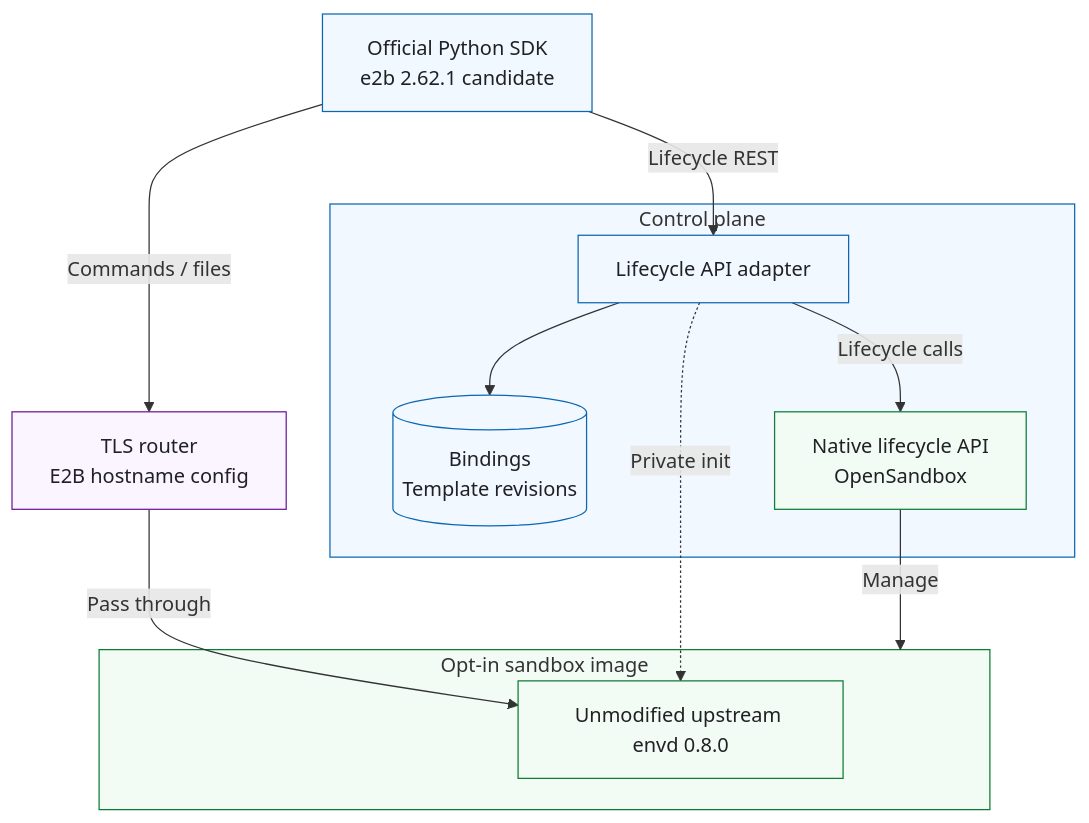
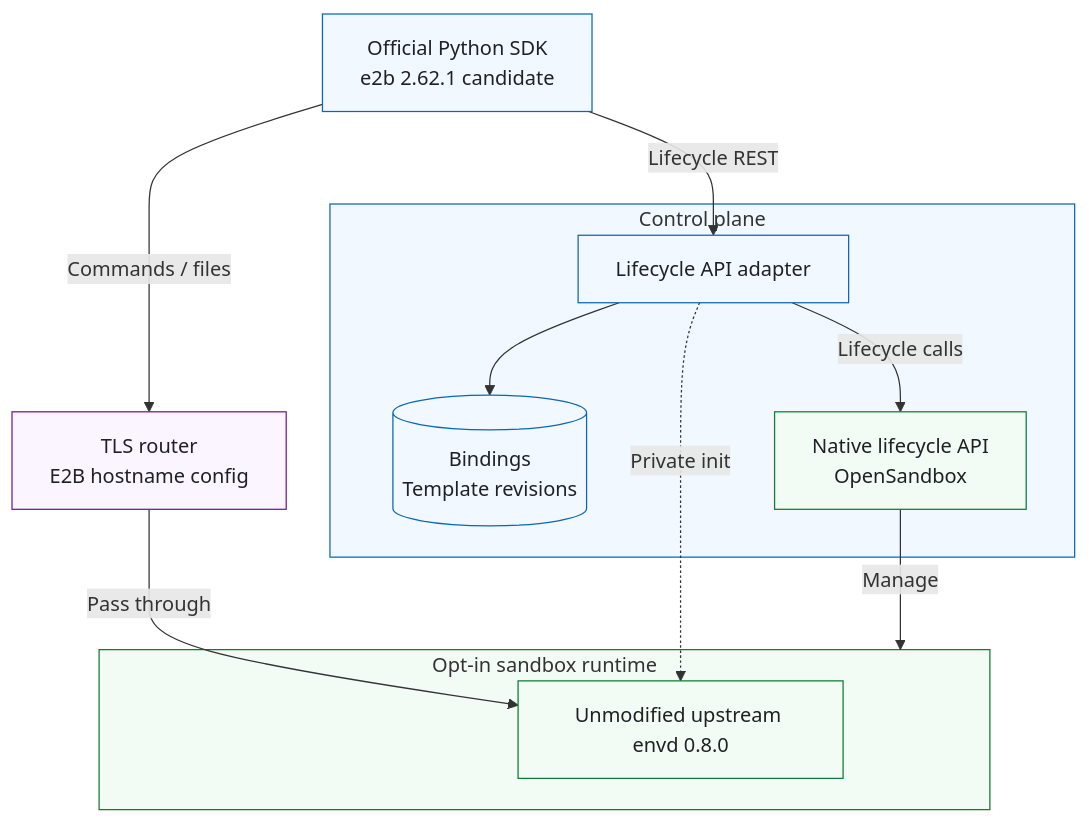
Before and after one commit to opensandbox-group/OpenSandbox: the first of 3 diagrams in oseps/0026-optional-e2b-compatibility.md, drawn with Mermaid. The commit also changed other lines of this file, not shown here.

````diff
--- a/oseps/0026-optional-e2b-compatibility.md
+++ b/oseps/0026-optional-e2b-compatibility.md
@@ -86,28 +86,28 @@
 ```mermaid
 flowchart TB
     SDK["Official Python SDK<br/>e2b 2.62.1 candidate"]
     subgraph Control["Control plane"]
         Adapter["Lifecycle API adapter"]
         State[("Bindings<br/>Template revisions")]
         Native["Native lifecycle API<br/>OpenSandbox"]
         Adapter --> State
         Adapter -->|"Lifecycle calls"| Native
     end
     Route["TLS router<br/>E2B hostname config"]
-    subgraph Sandbox["Opt-in sandbox image"]
+    subgraph Sandbox["Opt-in sandbox runtime"]
         Envd["Unmodified upstream envd 0.8.0"]
     end
     SDK -->|"Lifecycle REST"| Adapter
     SDK -->|"Commands / files"| Route
     Route -->|"Pass through"| Envd
     Native -->|"Manage"| Sandbox
     Adapter -.->|"Private init"| Envd
     classDef control fill:#F2F8FF,stroke:#0B67B2,color:#202124;
     classDef execution fill:#F3FBF5,stroke:#0B7D35,color:#202124;
     classDef boundary fill:#FAF5FF,stroke:#6A1B9A,color:#202124;
     class SDK,Adapter,State control;
     class Native,Envd execution;
     class Route boundary;
     style Control fill:#F2F8FF,stroke:#0B67B2
     style Sandbox fill:#F3FBF5,stroke:#0B7D35
 ```
````
